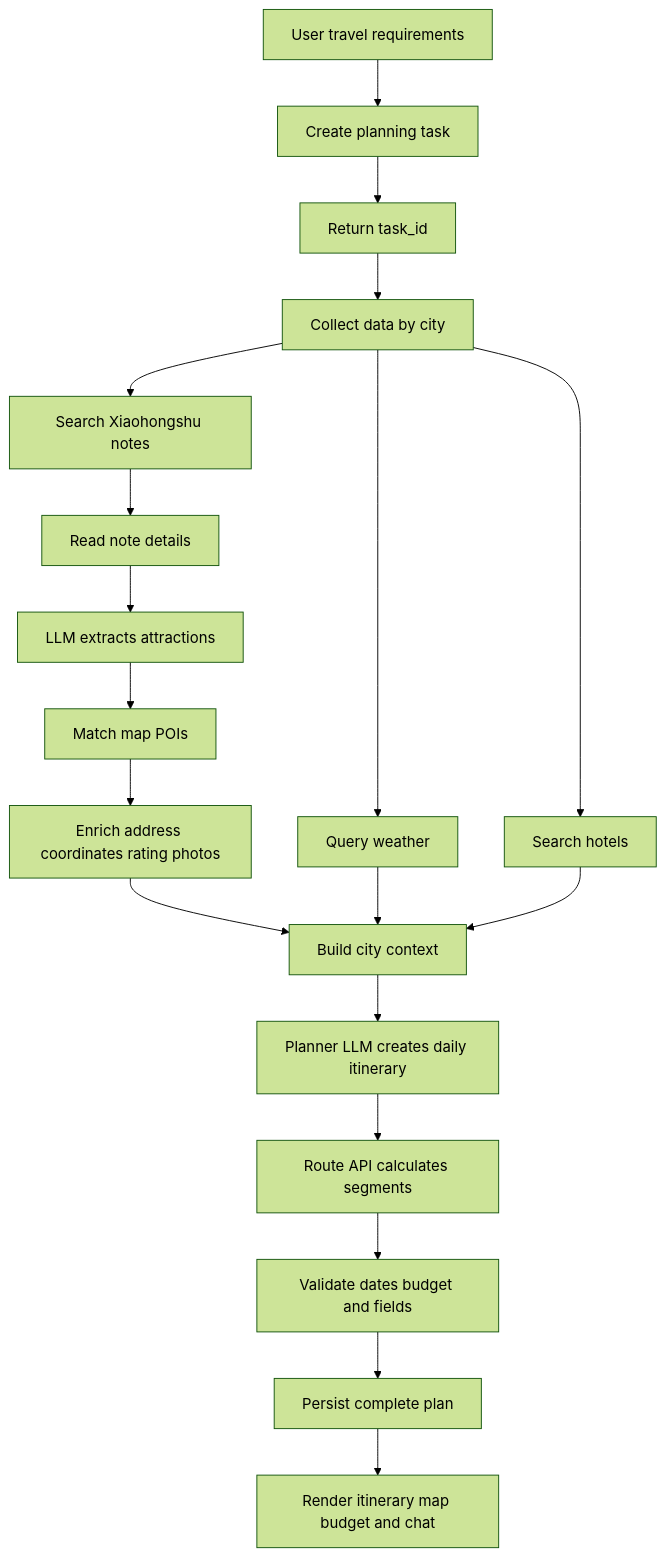
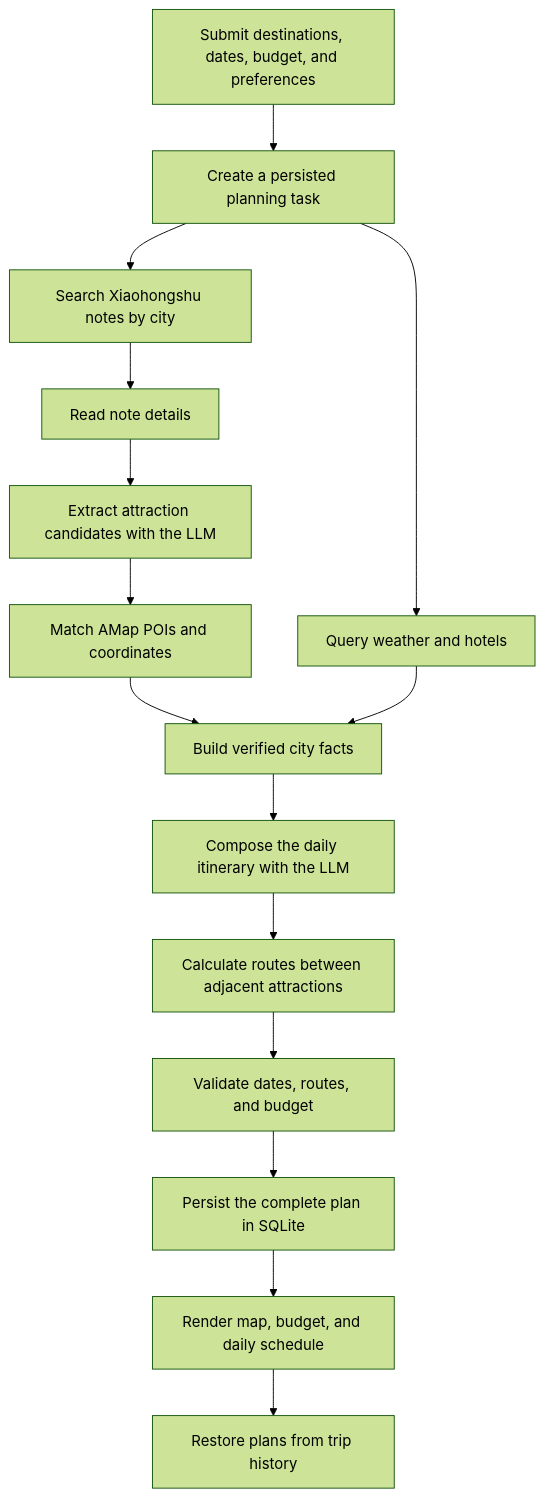
Before and after one commit to dolt-y/TravelMind-AI: the first of 2 diagrams in README_en.md, drawn with Mermaid (forest theme). The commit also changed other lines of this file and 4 other files, not shown here.

````diff
--- a/README_en.md
+++ b/README_en.md
@@ -30,21 +191,17 @@
 ```mermaid
 flowchart TD
-    A[User travel requirements] --> B[Create planning task]
-    B --> C[Return task_id]
-    C --> D[Collect data by city]
-    D --> E[Search Xiaohongshu notes]
-    E --> F[Read note details]
-    F --> G[LLM extracts attractions]
-    G --> H[Match map POIs]
-    H --> I[Enrich address coordinates rating photos]
-    D --> J[Query weather]
-    D --> K[Search hotels]
-    I --> L[Build city context]
-    J --> L
-    K --> L
-    L --> M[Planner LLM creates daily itinerary]
-    M --> N[Route API calculates segments]
-    N --> O[Validate dates budget and fields]
-    O --> P[Persist complete plan]
-    P --> Q[Render itinerary map budget and chat]
+    A["Submit destinations, dates, budget, and preferences"] --> B["Create a persisted planning task"]
+    B --> C["Search Xiaohongshu notes by city"]
+    C --> D["Read note details"]
+    D --> E["Extract attraction candidates with the LLM"]
+    E --> F["Match AMap POIs and coordinates"]
+    B --> G["Query weather and hotels"]
+    F --> H["Build verified city facts"]
+    G --> H
+    H --> I["Compose the daily itinerary with the LLM"]
+    I --> J["Calculate routes between adjacent attractions"]
+    J --> K["Validate dates, routes, and budget"]
+    K --> L["Persist the complete plan in SQLite"]
+    L --> M["Render map, budget, and daily schedule"]
+    M --> N["Restore plans from trip history"]
 ```
````
